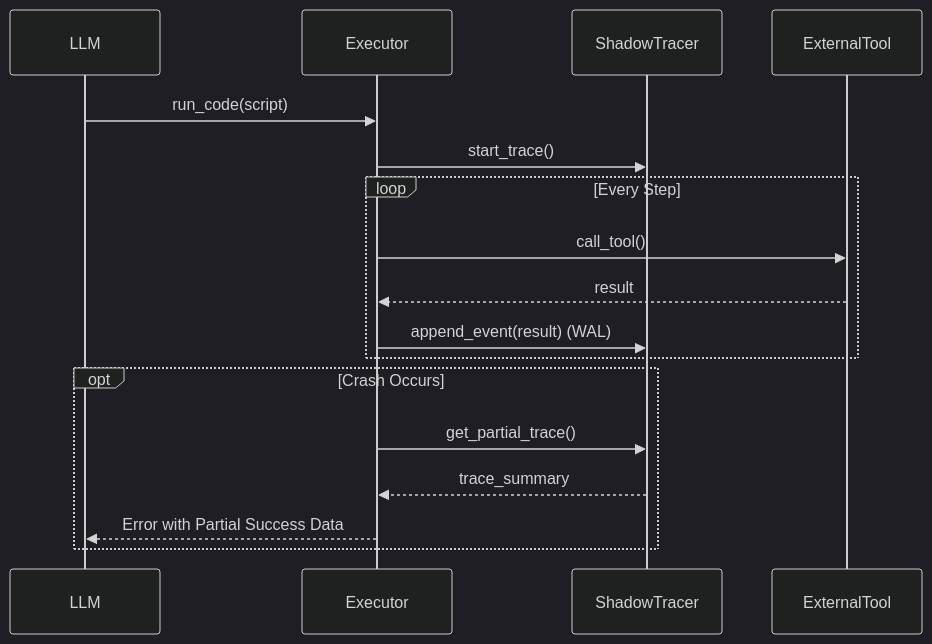
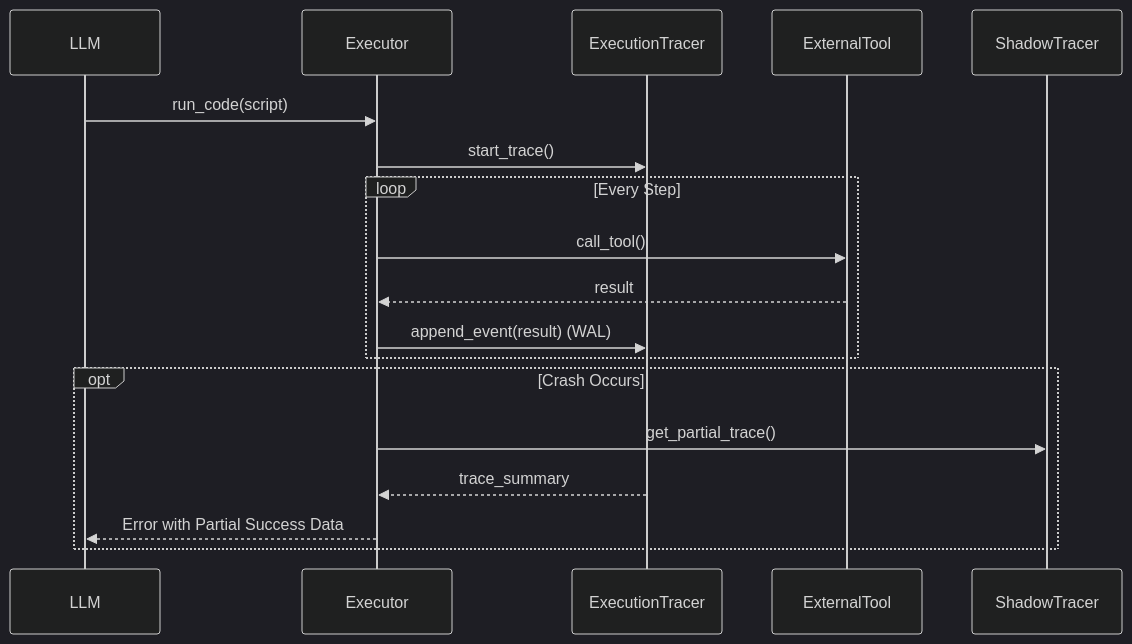
The second of 2 diagrams in 专利思路.md (valkryhx/google_adk_agent), drawn with Mermaid (dark theme) before and after one commit. The commit also changed other lines of this file and 2 other files, not shown here.

````diff
--- a/专利思路.md
+++ b/专利思路.md
@@ -125,20 +125,20 @@
 ```mermaid
 sequenceDiagram
     participant LLM
     participant Executor
-    participant ShadowTracer
+    participant ExecutionTracer
     participant ExternalTool
     
     LLM->>Executor: run_code(script)
-    Executor->>ShadowTracer: start_trace()
+    Executor->>ExecutionTracer: start_trace()
     loop Every Step
         Executor->>ExternalTool: call_tool()
         ExternalTool-->>Executor: result
-        Executor->>ShadowTracer: append_event(result) (WAL)
+        Executor->>ExecutionTracer: append_event(result) (WAL)
     end
     opt Crash Occurs
         Executor->>ShadowTracer: get_partial_trace()
-        ShadowTracer-->>Executor: trace_summary
+        ExecutionTracer-->>Executor: trace_summary
         Executor-->>LLM: Error with Partial Success Data
     end
 ```
````
